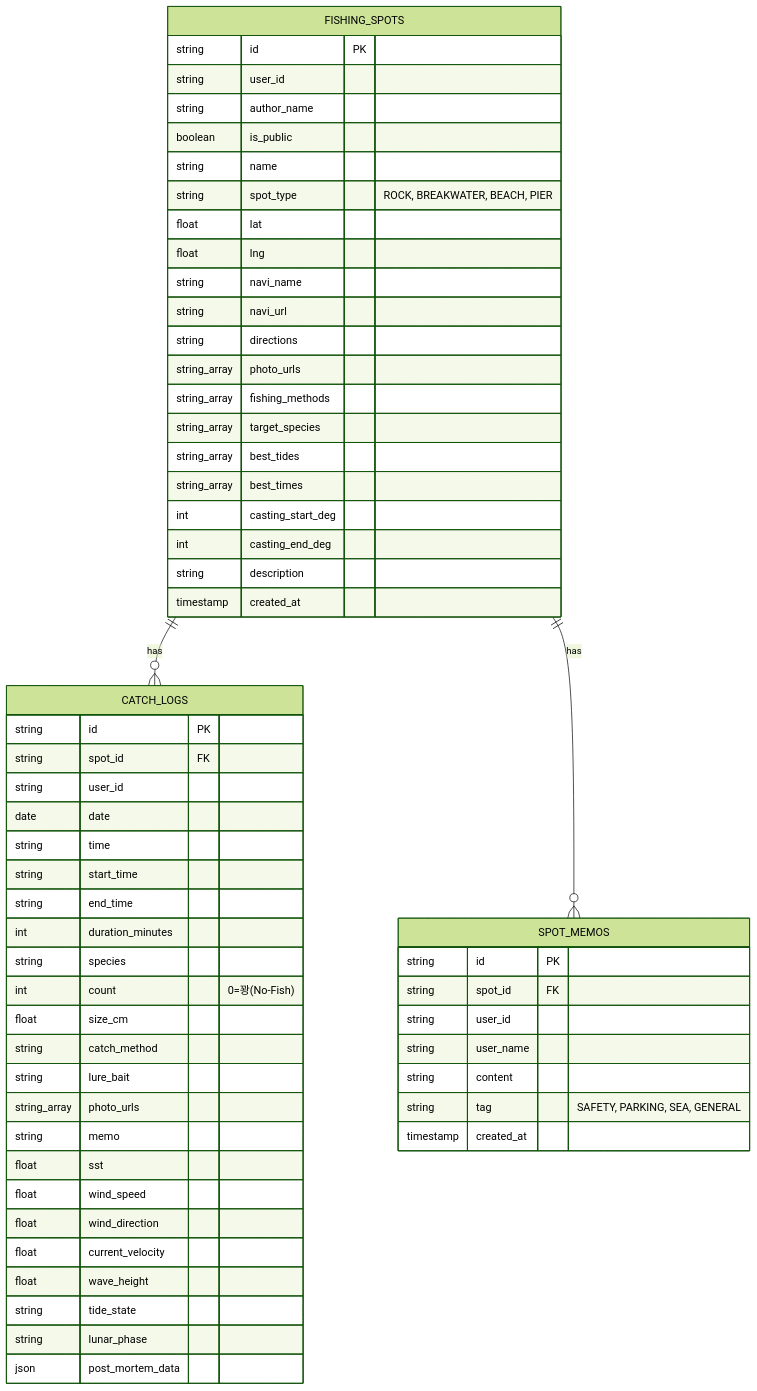
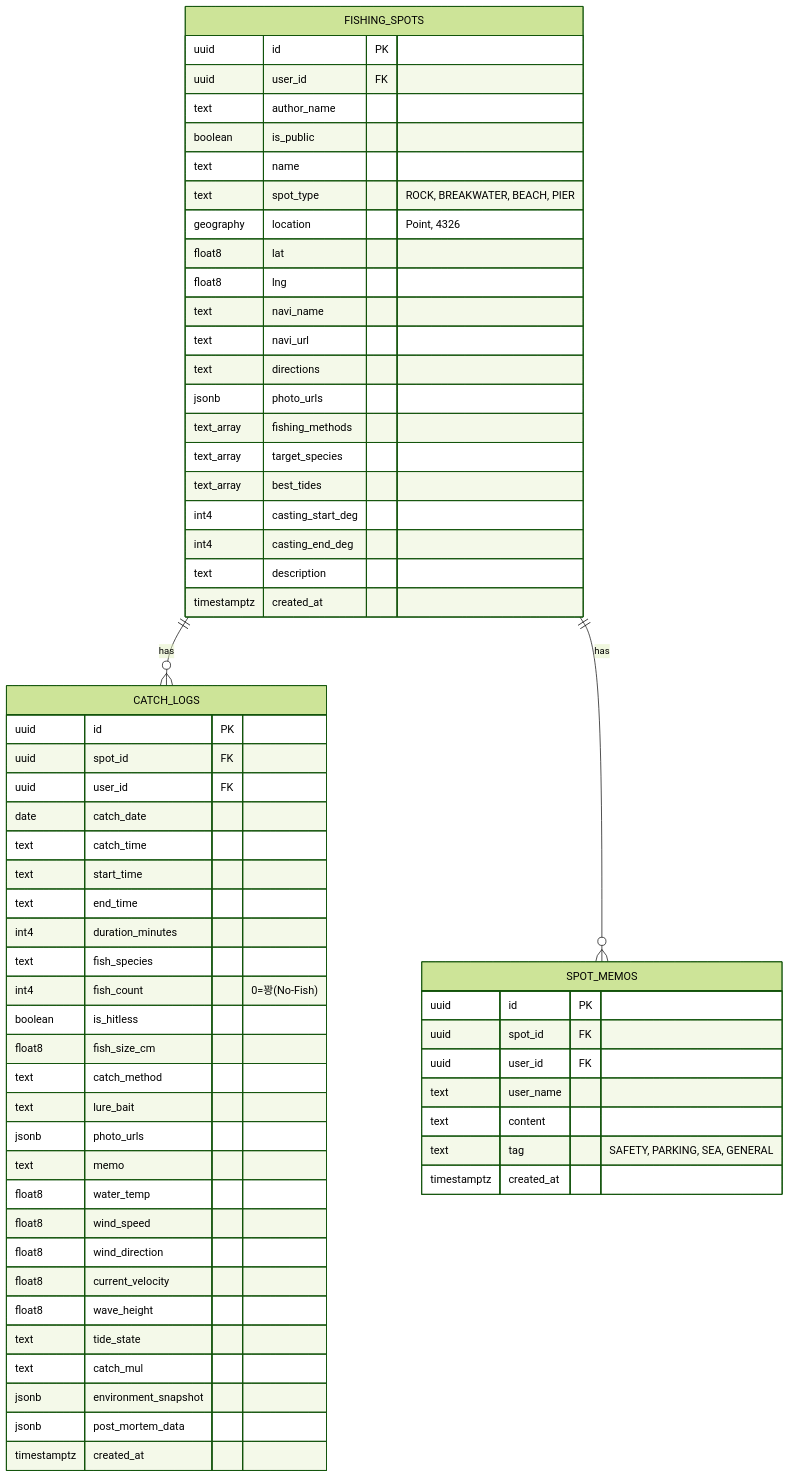
Before and after one commit to tlogger/espFish: the third of 3 diagrams in DESIGN_SPEC.md, drawn with Mermaid (forest theme). The commit also changed other lines of this file, not shown here.

````diff
--- a/DESIGN_SPEC.md
+++ b/DESIGN_SPEC.md
@@ -249,64 +359,67 @@
 ```mermaid
 erDiagram
     FISHING_SPOTS ||--o{ CATCH_LOGS : "has"
     FISHING_SPOTS ||--o{ SPOT_MEMOS : "has"
 
     FISHING_SPOTS {
-        string id PK
-        string user_id
-        string author_name
+        uuid id PK
+        uuid user_id FK
+        text author_name
         boolean is_public
-        string name
-        string spot_type "ROCK, BREAKWATER, BEACH, PIER"
-        float lat
-        float lng
-        string navi_name
-        string navi_url
-        string directions
-        string_array photo_urls
-        string_array fishing_methods
-        string_array target_species
-        string_array best_tides
-        string_array best_times
-        int casting_start_deg
-        int casting_end_deg
-        string description
-        timestamp created_at
+        text name
+        text spot_type "ROCK, BREAKWATER, BEACH, PIER"
+        geography location "Point, 4326"
+        float8 lat
+        float8 lng
+        text navi_name
+        text navi_url
+        text directions
+        jsonb photo_urls
+        text_array fishing_methods
+        text_array target_species
+        text_array best_tides
+        int4 casting_start_deg
+        int4 casting_end_deg
+        text description
+        timestamptz created_at
     }
 
     CATCH_LOGS {
-        string id PK
-        string spot_id FK
-        string user_id
-        date date
-        string time
-        string start_time
-        string end_time
-        int duration_minutes
-        string species
-        int count "0=꽝(No-Fish)"
-        float size_cm
-        string catch_method
-        string lure_bait
-        string_array photo_urls
-        string memo
-        float sst
-        float wind_speed
-        float wind_direction
-        float current_velocity
-        float wave_height
-        string tide_state
-        string lunar_phase
-        json post_mortem_data
+        uuid id PK
+        uuid spot_id FK
+        uuid user_id FK
+        date catch_date
+        text catch_time
+        text start_time
+        text end_time
+        int4 duration_minutes
+        text fish_species
+        int4 fish_count "0=꽝(No-Fish)"
+        boolean is_hitless
+        float8 fish_size_cm
+        text catch_method
+        text lure_bait
+        jsonb photo_urls
+        text memo
+        float8 water_temp
+        float8 wind_speed
+        float8 wind_direction
+        float8 current_velocity
+        float8 wave_height
+        text tide_state
+        text catch_mul
+        jsonb environment_snapshot
+        jsonb post_mortem_data
+        timestamptz created_at
     }
 
     SPOT_MEMOS {
-        string id PK
-        string spot_id FK
-        string user_id
-        string user_name
-        string content
-        string tag "SAFETY, PARKING, SEA, GENERAL"
-        timestamp created_at
+        uuid id PK
+        uuid spot_id FK
+        uuid user_id FK
+        text user_name
+        text content
+        text tag "SAFETY, PARKING, SEA, GENERAL"
+        timestamptz created_at
     }
 ```
````
